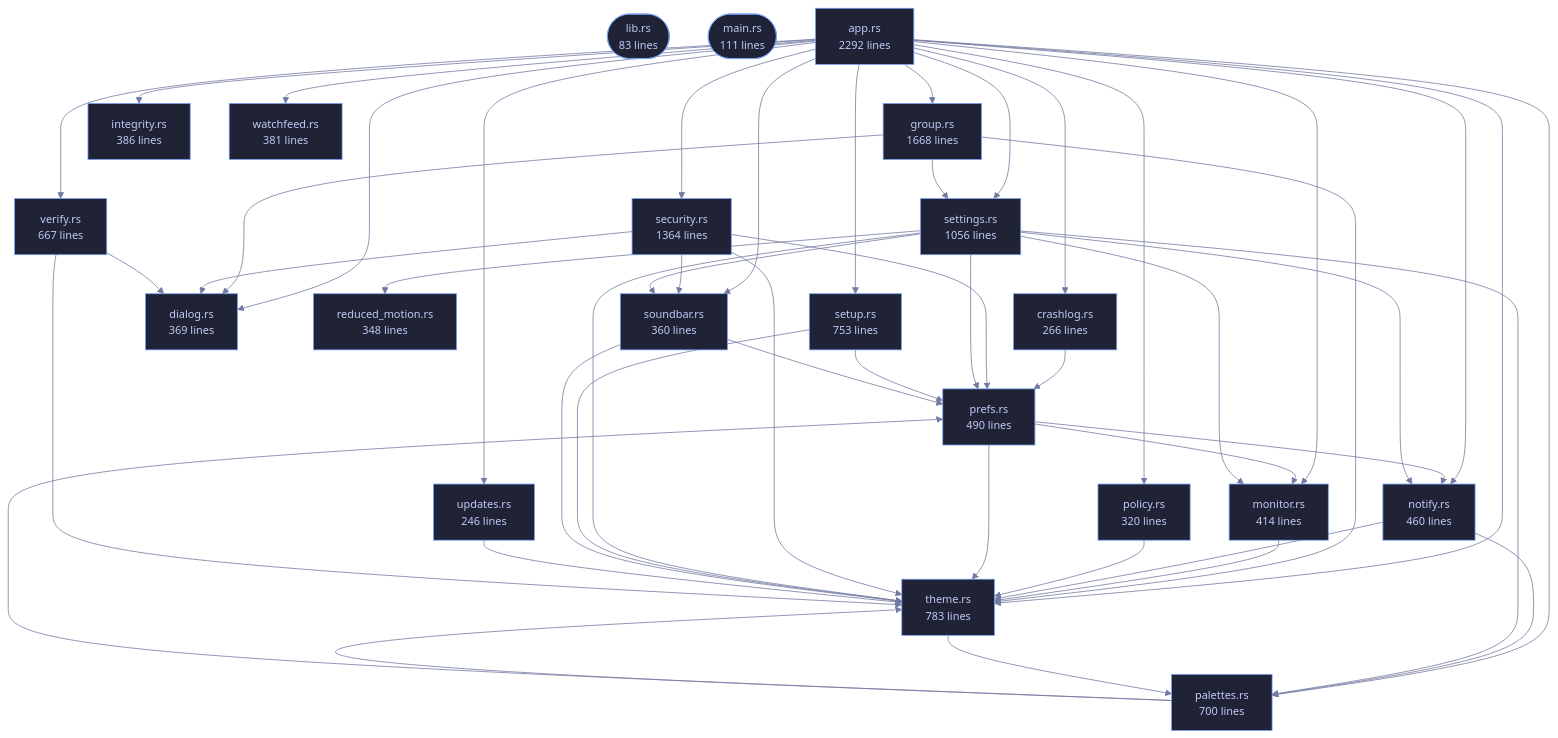
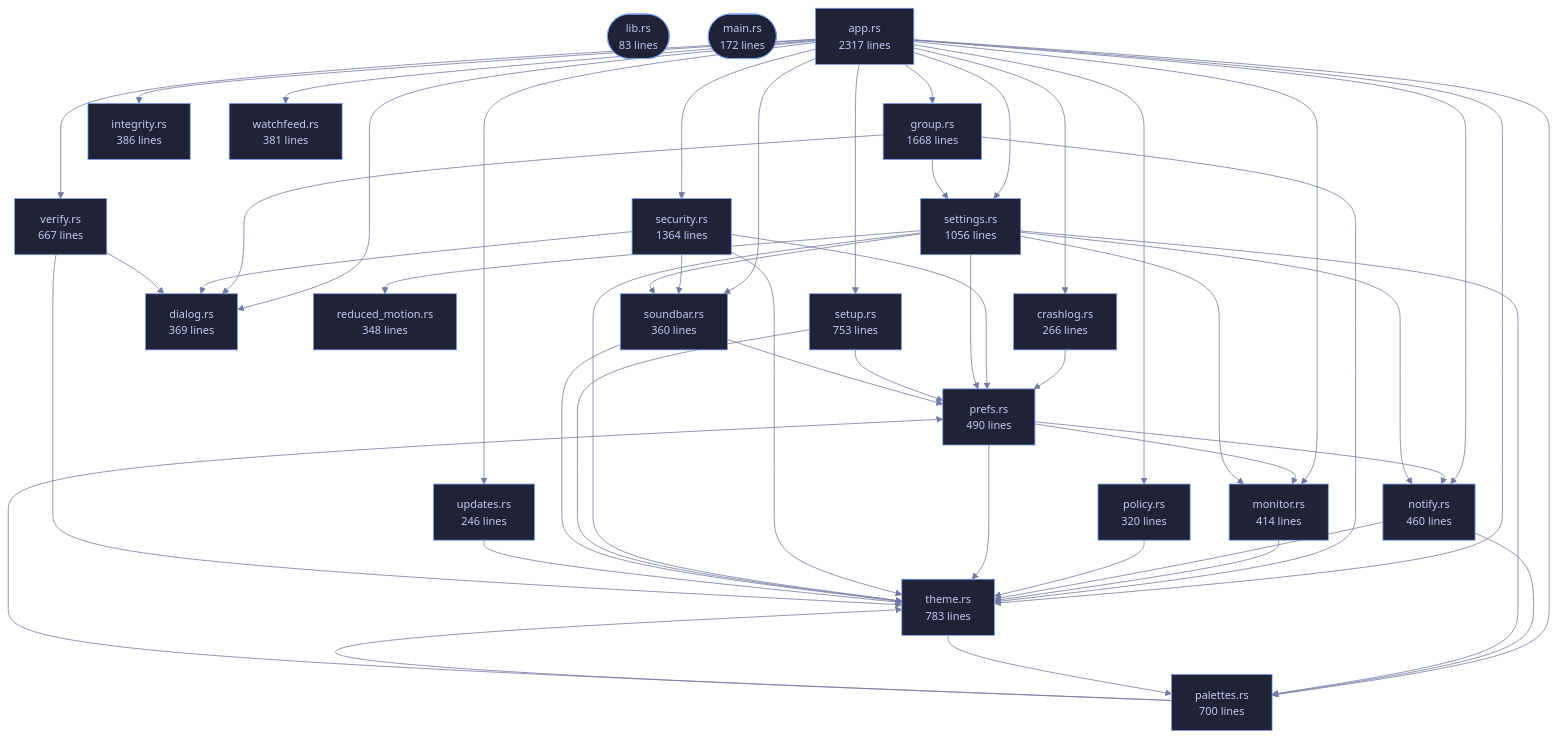
One commit to tilas01/veilvoice changed the diagram in crates/veilvoice-gui/README.md. Above: the diagram before and after it, drawn with Mermaid. The commit also changed other lines of this file and 44 other files, not shown here.

```diff
--- a/crates/veilvoice-gui/README.md
+++ b/crates/veilvoice-gui/README.md
@@ -95,8 +95,8 @@
 %%{init: {"theme":"base","themeVariables":{"background":"#1a1b26","primaryColor":"#1f2335","primaryTextColor":"#c0caf5","primaryBorderColor":"#7aa2f7","secondaryColor":"#16161e","tertiaryColor":"#16161e","lineColor":"#737aa2","textColor":"#c0caf5","mainBkg":"#1f2335","nodeBorder":"#7aa2f7","clusterBkg":"#16161e","clusterBorder":"#2f3549","fontFamily":"ui-monospace, SFMono-Regular, Consolas, monospace","fontSize":"14px"}}}%%
 flowchart TD
     n_lib(["lib.rs<br/>83 lines"])
-    n_main(["main.rs<br/>111 lines"])
-    n_app["app.rs<br/>2292 lines"]
+    n_main(["main.rs<br/>172 lines"])
+    n_app["app.rs<br/>2317 lines"]
     n_crashlog["crashlog.rs<br/>266 lines"]
     n_dialog["dialog.rs<br/>369 lines"]
     n_group["group.rs<br/>1668 lines"]
```
